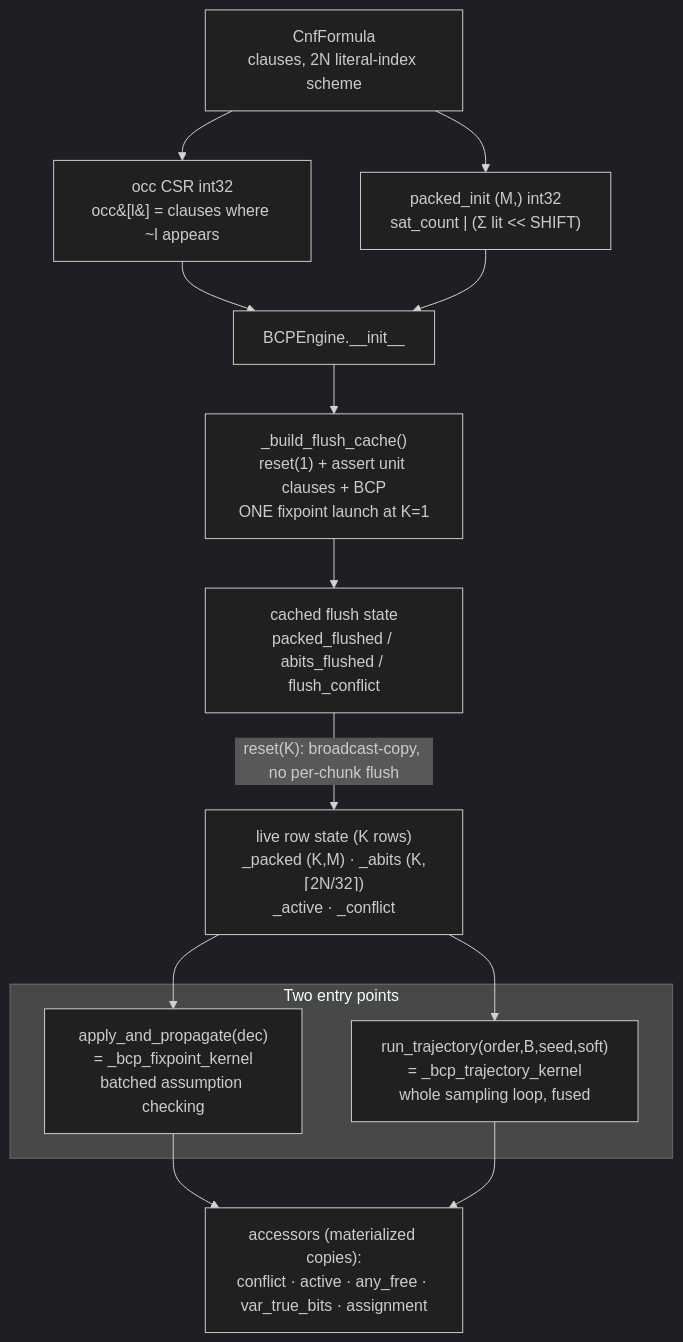
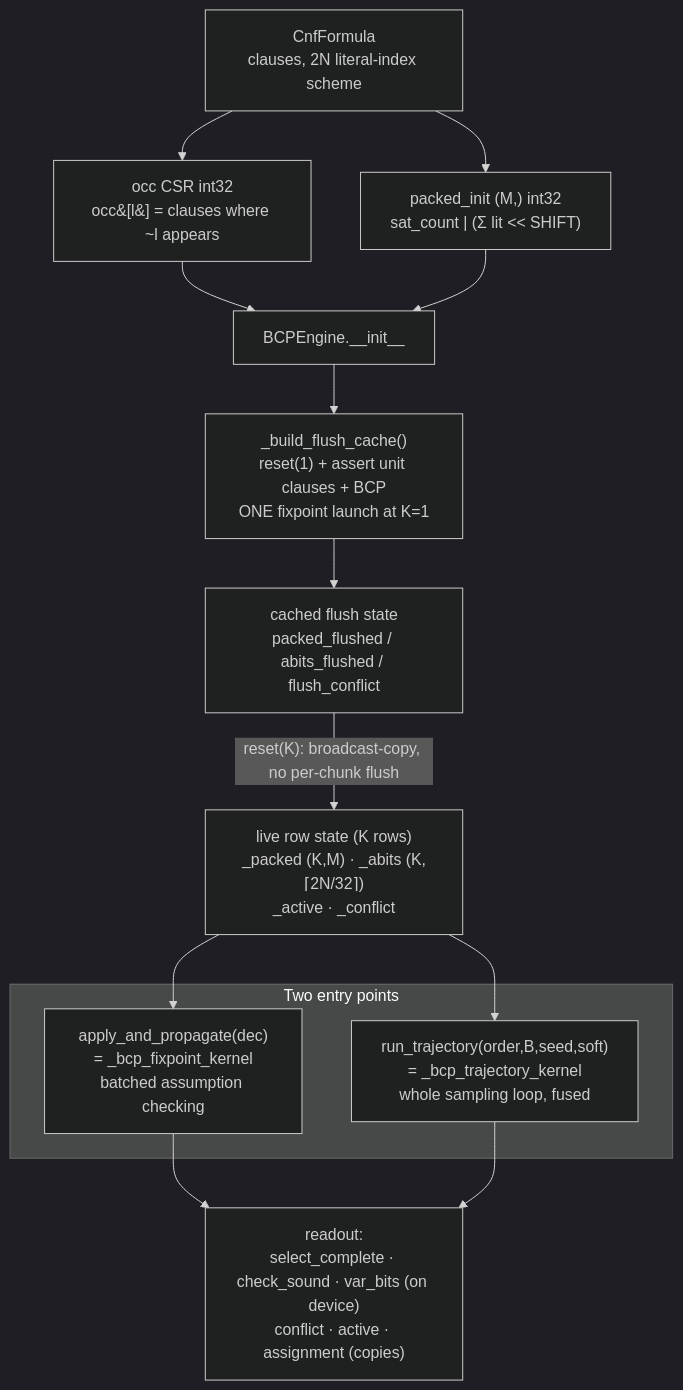
Before and after one commit to yogevshalmon/gpap: the first of 4 diagrams in docs/ENGINE.md, drawn with Mermaid (dark theme). The commit also changed other lines of this file and 20 other files, not shown here.

````diff
--- a/docs/ENGINE.md
+++ b/docs/ENGINE.md
@@ -62,21 +62,21 @@
 ```mermaid
 flowchart TD
     F[CnfFormula<br/>clauses, 2N literal-index scheme] --> OCC[occ CSR int32<br/>occ&#91;l&#93; = clauses where ~l appears]
     F --> INIT["packed_init (M,) int32<br/>sat_count | (Σ lit &lt;&lt; SHIFT)"]
     OCC --> ENG[BCPEngine.__init__]
     INIT --> ENG
     ENG --> FLUSH["_build_flush_cache()<br/>reset(1) + assert unit clauses + BCP<br/>ONE fixpoint launch at K=1"]
     FLUSH --> CACHE["cached flush state<br/>packed_flushed / abits_flushed / flush_conflict"]
 
     CACHE -->|"reset(K): broadcast-copy, no per-chunk flush"| STATE["live row state (K rows)<br/>_packed (K,M) · _abits (K,⌈2N/32⌉)<br/>_active · _conflict"]
 
     STATE --> EP1
     STATE --> EP2
     subgraph EP["Two entry points"]
       EP1["apply_and_propagate(dec)<br/>= _bcp_fixpoint_kernel<br/>batched assumption checking"]
       EP2["run_trajectory(order,B,seed,soft)<br/>= _bcp_trajectory_kernel<br/>whole sampling loop, fused"]
     end
     EP1 --> READ
     EP2 --> READ
-    READ["accessors (materialized copies):<br/>conflict · active · any_free · var_true_bits · assignment"]
+    READ["readout:<br/>select_complete · check_sound · var_bits (on device)<br/>conflict · active · assignment (copies)"]
 ```
````
